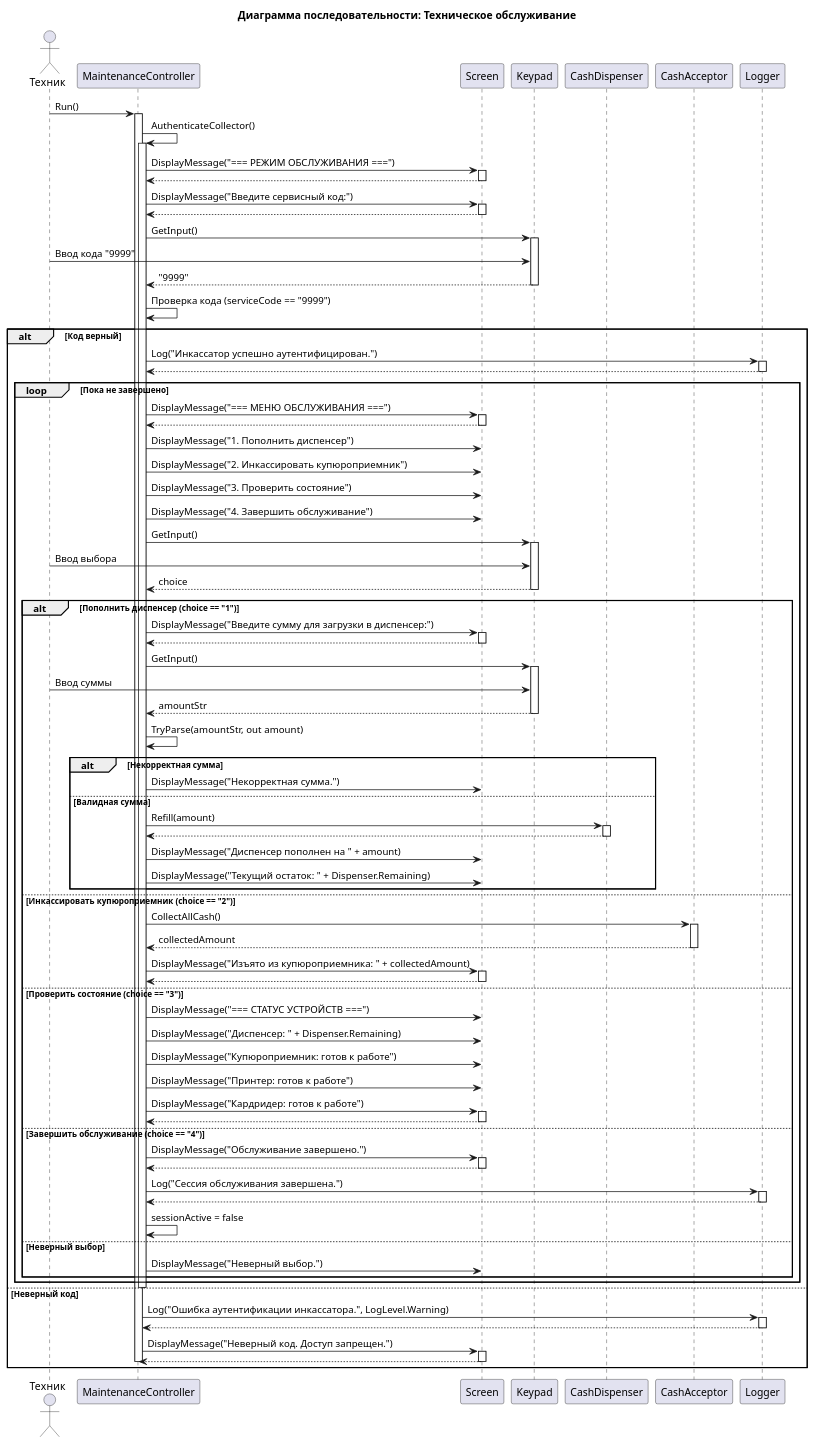
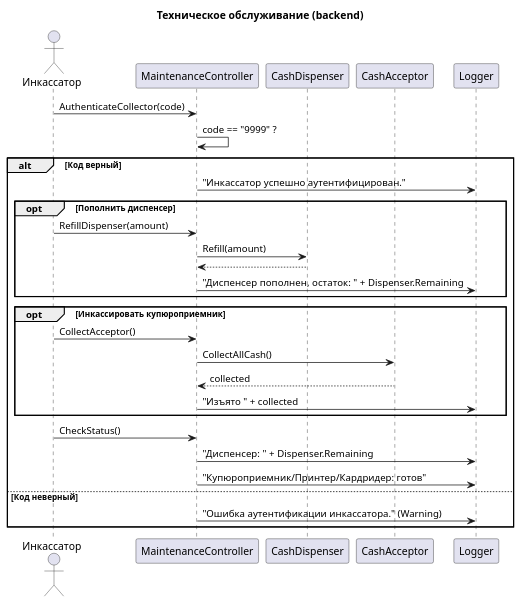
One commit to penamarth/bsbo-16-23_team5_var1_atm changed the diagram in Прецеденты/Тех обслуживание/sequence_diagram.puml. Above: the diagram before and after it, drawn with PlantUML. The commit also changed 22 other files, not shown here.

```diff
--- a/Прецеденты/Тех обслуживание/sequence_diagram.puml
+++ b/Прецеденты/Тех обслуживание/sequence_diagram.puml
@@ -1,137 +1,35 @@
 @startuml
-title Диаграмма последовательности: Техническое обслуживание
+title Техническое обслуживание (backend)
+actor Инкассатор as Technician
+participant MaintenanceController as Controller
+participant CashDispenser as Dispenser
+participant CashAcceptor as Acceptor
+participant Logger as Log
 
-actor "Техник" as Technician
-participant "MaintenanceController" as Controller
-participant "Screen" as Screen
-participant "Keypad" as Keypad
-participant "CashDispenser" as Dispenser
-participant "CashAcceptor" as Acceptor
-participant "Logger" as Logger
-
-Technician -> Controller: Run()
-activate Controller
-
-Controller -> Controller: AuthenticateCollector()
-activate Controller
-
-Controller -> Screen: DisplayMessage("=== РЕЖИМ ОБСЛУЖИВАНИЯ ===")
-activate Screen
-Screen --> Controller:
-deactivate Screen
-
-Controller -> Screen: DisplayMessage("Введите сервисный код:")
-activate Screen
-Screen --> Controller:
-deactivate Screen
-
-Controller -> Keypad: GetInput()
-activate Keypad
-Technician -> Keypad: Ввод кода "9999"
-Keypad --> Controller: "9999"
-deactivate Keypad
-
-Controller -> Controller: Проверка кода (serviceCode == "9999")
+Technician -> Controller: AuthenticateCollector(code)
+Controller -> Controller: code == "9999" ?
 
 alt Код верный
-    Controller -> Logger: Log("Инкассатор успешно аутентифицирован.")
-    activate Logger
-    Logger --> Controller:
-    deactivate Logger
-    
-    loop Пока не завершено
-        Controller -> Screen: DisplayMessage("=== МЕНЮ ОБСЛУЖИВАНИЯ ===")
-        activate Screen
-        Screen --> Controller:
-        deactivate Screen
-        
-        Controller -> Screen: DisplayMessage("1. Пополнить диспенсер")
-        Controller -> Screen: DisplayMessage("2. Инкассировать купюроприемник")
-        Controller -> Screen: DisplayMessage("3. Проверить состояние")
-        Controller -> Screen: DisplayMessage("4. Завершить обслуживание")
-        
-        Controller -> Keypad: GetInput()
-        activate Keypad
-        Technician -> Keypad: Ввод выбора
-        Keypad --> Controller: choice
-        deactivate Keypad
-        
-        alt Пополнить диспенсер (choice == "1")
-            Controller -> Screen: DisplayMessage("Введите сумму для загрузки в диспенсер:")
-            activate Screen
-            Screen --> Controller:
-            deactivate Screen
-            
-            Controller -> Keypad: GetInput()
-            activate Keypad
-            Technician -> Keypad: Ввод суммы
-            Keypad --> Controller: amountStr
-            deactivate Keypad
-            
-            Controller -> Controller: TryParse(amountStr, out amount)
-            
-            alt Некорректная сумма
-                Controller -> Screen: DisplayMessage("Некорректная сумма.")
-            else Валидная сумма
-                Controller -> Dispenser: Refill(amount)
-                activate Dispenser
-                Dispenser --> Controller
-                deactivate Dispenser
-                
-                Controller -> Screen: DisplayMessage("Диспенсер пополнен на " + amount)
-                Controller -> Screen: DisplayMessage("Текущий остаток: " + Dispenser.Remaining)
-            end
-            
-        else Инкассировать купюроприемник (choice == "2")
-            Controller -> Acceptor: CollectAllCash()
-            activate Acceptor
-            Acceptor --> Controller: collectedAmount
-            deactivate Acceptor
-            
-            Controller -> Screen: DisplayMessage("Изъято из купюроприемника: " + collectedAmount)
-            activate Screen
-            Screen --> Controller:
-            deactivate Screen
-            
-        else Проверить состояние (choice == "3")
-            Controller -> Screen: DisplayMessage("=== СТАТУС УСТРОЙСТВ ===")
-            Controller -> Screen: DisplayMessage("Диспенсер: " + Dispenser.Remaining)
-            Controller -> Screen: DisplayMessage("Купюроприемник: готов к работе")
-            Controller -> Screen: DisplayMessage("Принтер: готов к работе")
-            Controller -> Screen: DisplayMessage("Кардридер: готов к работе")
-            activate Screen
-            Screen --> Controller:
-            deactivate Screen
-            
-        else Завершить обслуживание (choice == "4")
-            Controller -> Screen: DisplayMessage("Обслуживание завершено.")
-            activate Screen
-            Screen --> Controller:
-            deactivate Screen
-            
-            Controller -> Logger: Log("Сессия обслуживания завершена.")
-            activate Logger
-            Logger --> Controller:
-            deactivate Logger
-            
-            Controller -> Controller: sessionActive = false
-        else Неверный выбор
-            Controller -> Screen: DisplayMessage("Неверный выбор.")
-        end
+    Controller -> Log: "Инкассатор успешно аутентифицирован."
+
+    opt Пополнить диспенсер
+        Technician -> Controller: RefillDispenser(amount)
+        Controller -> Dispenser: Refill(amount)
+        Dispenser --> Controller
+        Controller -> Log: "Диспенсер пополнен, остаток: " + Dispenser.Remaining
     end
-    deactivate Controller
-    
-else Неверный код
-    Controller -> Logger: Log("Ошибка аутентификации инкассатора.", LogLevel.Warning)
-    activate Logger
-    Logger --> Controller:
-    deactivate Logger
-    
-    Controller -> Screen: DisplayMessage("Неверный код. Доступ запрещен.")
-    activate Screen
-    Screen --> Controller:
-    deactivate Screen
-    deactivate Controller
+
+    opt Инкассировать купюроприемник
+        Technician -> Controller: CollectAcceptor()
+        Controller -> Acceptor: CollectAllCash()
+        Acceptor --> Controller: collected
+        Controller -> Log: "Изъято " + collected
+    end
+
+    Technician -> Controller: CheckStatus()
+    Controller -> Log: "Диспенсер: " + Dispenser.Remaining
+    Controller -> Log: "Купюроприемник/Принтер/Кардридер: готов"
+else Код неверный
+    Controller -> Log: "Ошибка аутентификации инкассатора." (Warning)
 end
-
 @enduml
```
